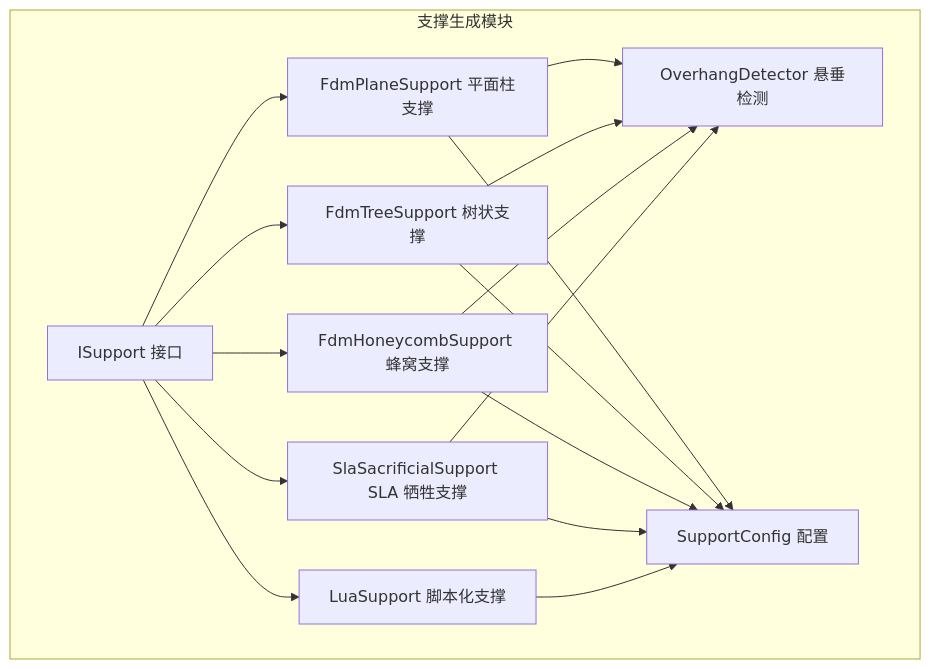
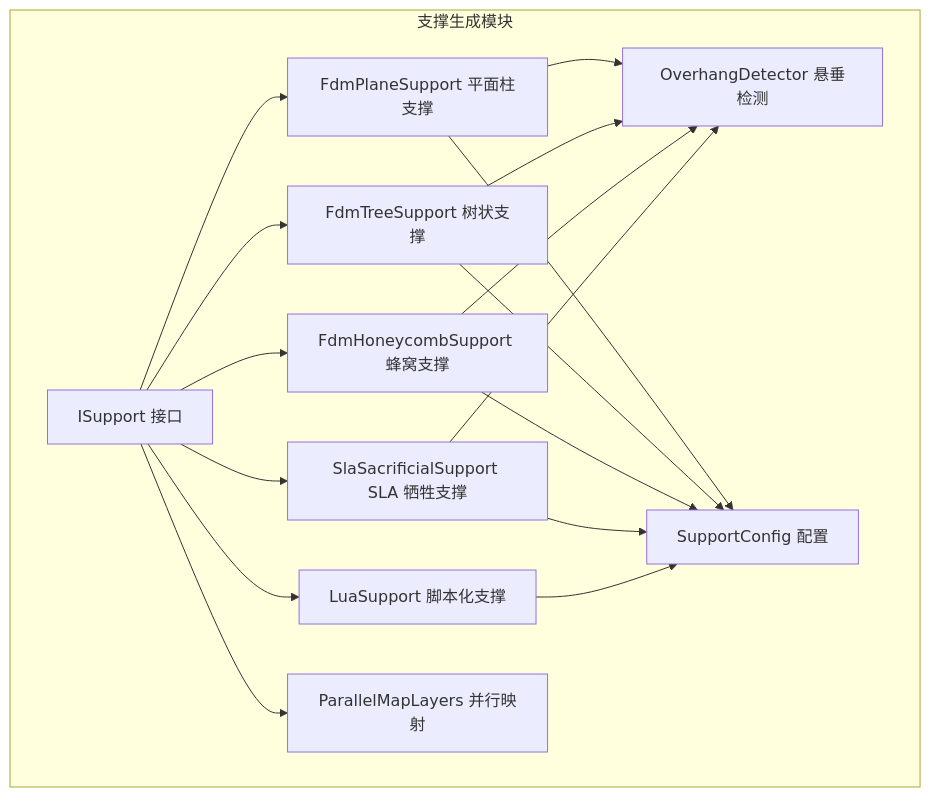
Before and after one commit to hsmbanlance/HsBaSlicer: the first of 11 diagrams in .qoder/repowiki/zh/content/核心模块详解/支撑生成 (Support Generation)/支撑生成 (Support Generation).md, drawn with Mermaid. The commit also changed other lines of this file and 365 other files, not shown here.

````diff
--- a/.qoder/repowiki/zh/content/核心模块详解/支撑生成 (Support Generation)/支撑生成 (Support Generation).md
+++ b/.qoder/repowiki/zh/content/核心模块详解/支撑生成 (Support Generation)/支撑生成 (Support Generation).md
@@ -41,27 +51,29 @@
 ```mermaid
 graph TB
 subgraph "支撑生成模块"
 IS["ISupport 接口"]
 CFG["SupportConfig 配置"]
 OD["OverhangDetector 悬垂检测"]
 FDM_PLANE["FdmPlaneSupport 平面柱支撑"]
 FDM_TREE["FdmTreeSupport 树状支撑"]
 FDM_HONEY["FdmHoneycombSupport 蜂窝支撑"]
 SLA_SAC["SlaSacrificialSupport SLA 牺牲支撑"]
 LUA_SUP["LuaSupport 脚本化支撑"]
+PAR["ParallelMapLayers 并行映射"]
 end
 IS --> FDM_PLANE
 IS --> FDM_TREE
 IS --> FDM_HONEY
 IS --> SLA_SAC
 IS --> LUA_SUP
 FDM_PLANE --> OD
 FDM_TREE --> OD
 FDM_HONEY --> OD
 SLA_SAC --> OD
 FDM_PLANE --> CFG
 FDM_TREE --> CFG
 FDM_HONEY --> CFG
 SLA_SAC --> CFG
 LUA_SUP --> CFG
+IS --> PAR
 ```
````
